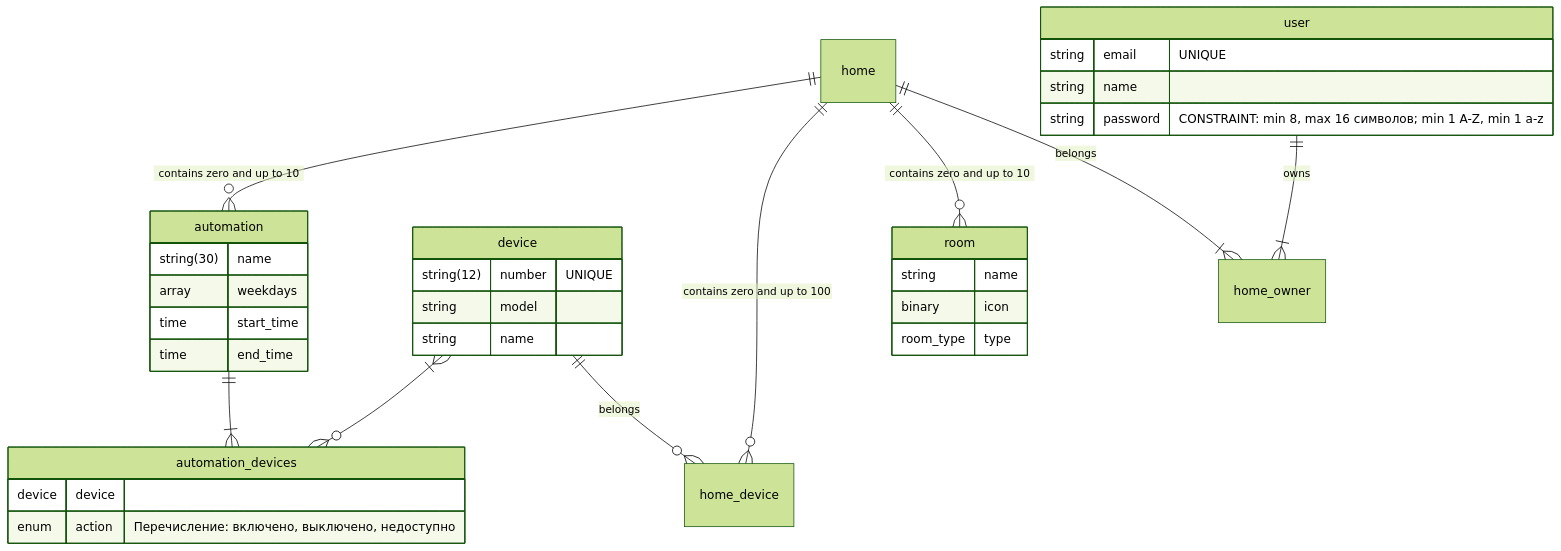
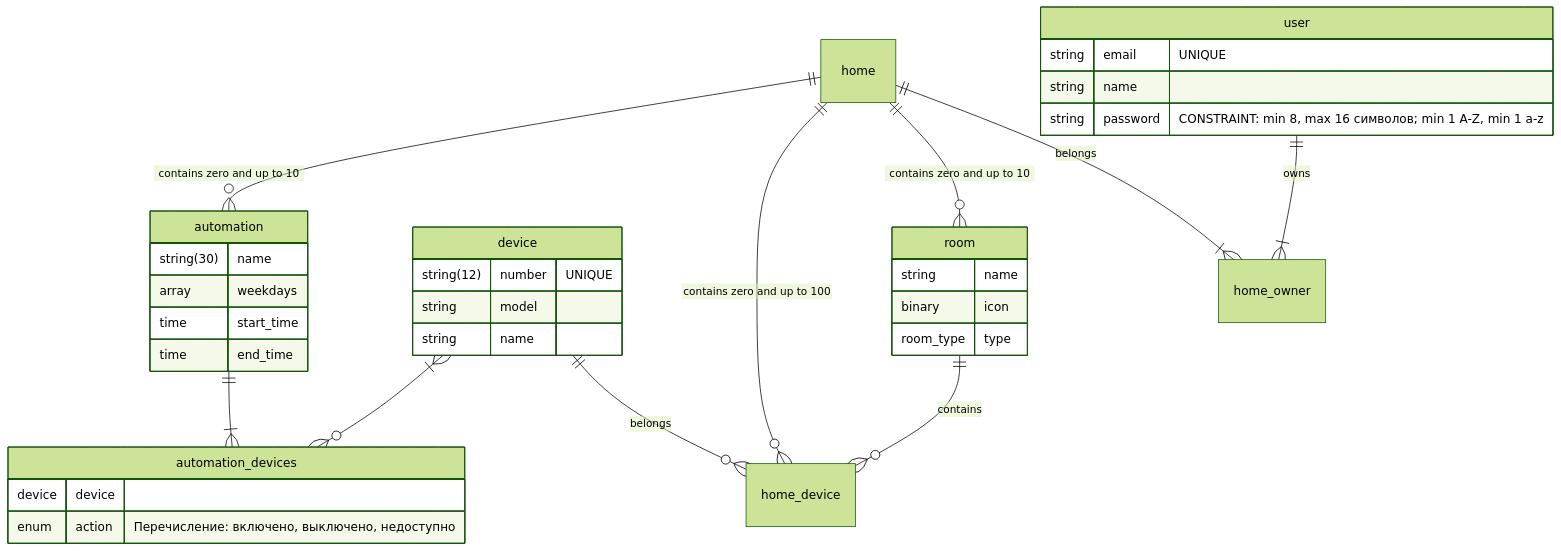
One commit to oleshko-g/sa_cases changed the diagram in HARD/yandex-practicum-diploma-project/# spec.md. Above: the diagram before and after it, drawn with Mermaid (forest theme). The commit also changed other lines of this file, not shown here.

````diff
--- a/HARD/yandex-practicum-diploma-project/# spec.md
+++ b/HARD/yandex-practicum-diploma-project/# spec.md
@@ -31,45 +31,46 @@
 ```mermaid
 erDiagram
 user {
 string email "UNIQUE"
 string name
 string password "CONSTRAINT: min 8, max 16 символов; min 1 A-Z, min 1 a-z"
 }
 room { 
 string name
 binary icon
 room_type type
 }
 device {
 string(12) number "UNIQUE"
 string model
 string name
 }
 home
 automation {
 string(30) name
 array weekdays
 time start_time
 time end_time
 }
 automation_devices {
 device device
 enum action "Перечисление: включено, выключено, недоступно"
 }
 home_owner
 home_device
 
 user ||--|{ home_owner : owns
 home ||--|{ home_owner : belongs
 
 home ||--o{ room : "contains zero and up to 10"
+room ||--o{ home_device : "contains"
 
 device ||--o{ home_device : belongs
 home ||--o{ home_device : "contains zero and up to 100"
 
 home ||--o{ automation : "contains zero and up to 10"
 
 automation ||--|{ automation_devices : ""
 device }|--o{ automation_devices : ""
 
 ```
````
